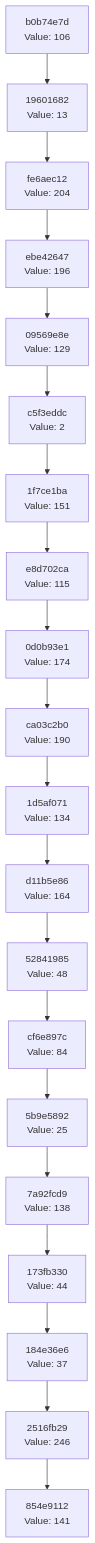
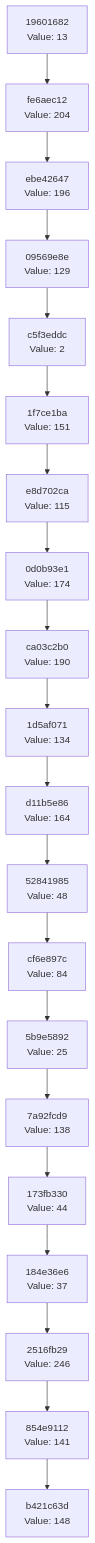
The diagram in docs/CHAIN_VISUALIZATION.md (Abhisheksinha1506/hash-chain-evolver), drawn with Mermaid before and after one commit. The commit also changed 3 other files, not shown here.

````diff
--- a/docs/CHAIN_VISUALIZATION.md
+++ b/docs/CHAIN_VISUALIZATION.md
@@ -3,42 +3,42 @@
 ```mermaid
 graph TD
-    C0["854e9112<br/>Value: 141"]
-    C1["2516fb29<br/>Value: 246"]
+    C0["b421c63d<br/>Value: 148"]
+    C1["854e9112<br/>Value: 141"]
     C1 --> C0
-    C2["184e36e6<br/>Value: 37"]
+    C2["2516fb29<br/>Value: 246"]
     C2 --> C1
-    C3["173fb330<br/>Value: 44"]
+    C3["184e36e6<br/>Value: 37"]
     C3 --> C2
-    C4["7a92fcd9<br/>Value: 138"]
+    C4["173fb330<br/>Value: 44"]
     C4 --> C3
-    C5["5b9e5892<br/>Value: 25"]
+    C5["7a92fcd9<br/>Value: 138"]
     C5 --> C4
-    C6["cf6e897c<br/>Value: 84"]
+    C6["5b9e5892<br/>Value: 25"]
     C6 --> C5
-    C7["52841985<br/>Value: 48"]
+    C7["cf6e897c<br/>Value: 84"]
     C7 --> C6
-    C8["d11b5e86<br/>Value: 164"]
+    C8["52841985<br/>Value: 48"]
     C8 --> C7
-    C9["1d5af071<br/>Value: 134"]
+    C9["d11b5e86<br/>Value: 164"]
     C9 --> C8
-    C10["ca03c2b0<br/>Value: 190"]
+    C10["1d5af071<br/>Value: 134"]
     C10 --> C9
-    C11["0d0b93e1<br/>Value: 174"]
+    C11["ca03c2b0<br/>Value: 190"]
     C11 --> C10
-    C12["e8d702ca<br/>Value: 115"]
+    C12["0d0b93e1<br/>Value: 174"]
     C12 --> C11
-    C13["1f7ce1ba<br/>Value: 151"]
+    C13["e8d702ca<br/>Value: 115"]
     C13 --> C12
-    C14["c5f3eddc<br/>Value: 2"]
+    C14["1f7ce1ba<br/>Value: 151"]
     C14 --> C13
-    C15["09569e8e<br/>Value: 129"]
+    C15["c5f3eddc<br/>Value: 2"]
     C15 --> C14
-    C16["ebe42647<br/>Value: 196"]
+    C16["09569e8e<br/>Value: 129"]
     C16 --> C15
-    C17["fe6aec12<br/>Value: 204"]
+    C17["ebe42647<br/>Value: 196"]
     C17 --> C16
-    C18["19601682<br/>Value: 13"]
+    C18["fe6aec12<br/>Value: 204"]
     C18 --> C17
-    C19["b0b74e7d<br/>Value: 106"]
+    C19["19601682<br/>Value: 13"]
     C19 --> C18
 ```
````
